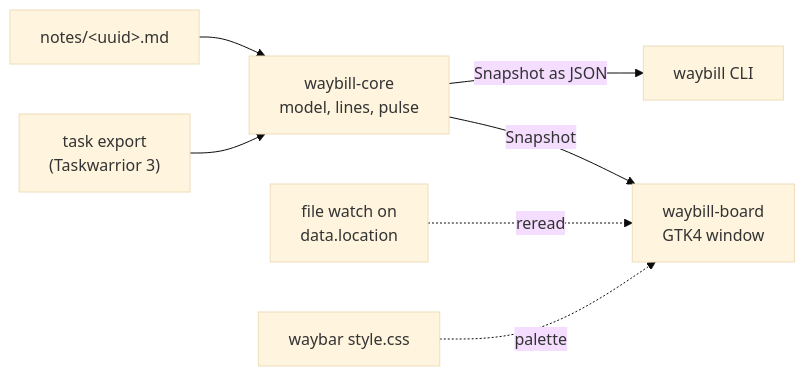
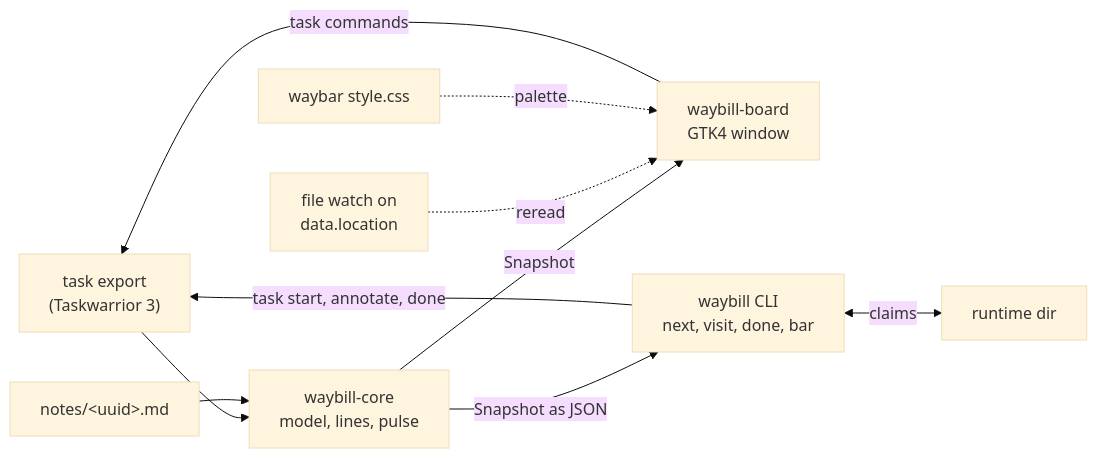
One commit to NathanielInman/waybill changed the diagram in docs/design.md. Above: the diagram before and after it, drawn with Mermaid (base theme). The commit also changed other lines of this file and 10 other files, not shown here.

Commit message:
docs: cover acting on cards, the agent commands, claims and the bar

````diff
--- a/docs/design.md
+++ b/docs/design.md
@@ -52,9 +56,12 @@
 ```mermaid
 flowchart LR
   T["task export<br/>(Taskwarrior 3)"] --> C["waybill-core<br/>model, lines, pulse"]
   N["notes/&lt;uuid&gt;.md"] --> C
   C -- "Snapshot" --> B["waybill-board<br/>GTK4 window"]
-  C -- "Snapshot as JSON" --> L["waybill CLI"]
+  C -- "Snapshot as JSON" --> L["waybill CLI<br/>next, visit, done, bar"]
+  L -- "task start, annotate, done" --> T
+  B -- "task commands" --> T
+  L <-- "claims" --> R["runtime dir"]
   W["file watch on<br/>data.location"] -. "reread" .-> B
   S["waybar style.css"] -. "palette" .-> B
 ```
````
